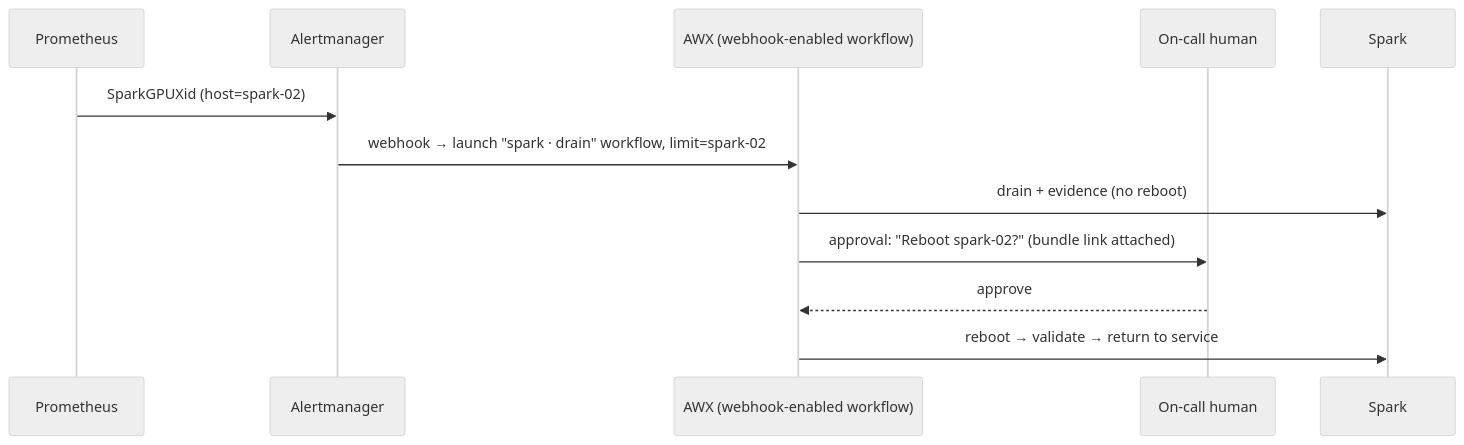
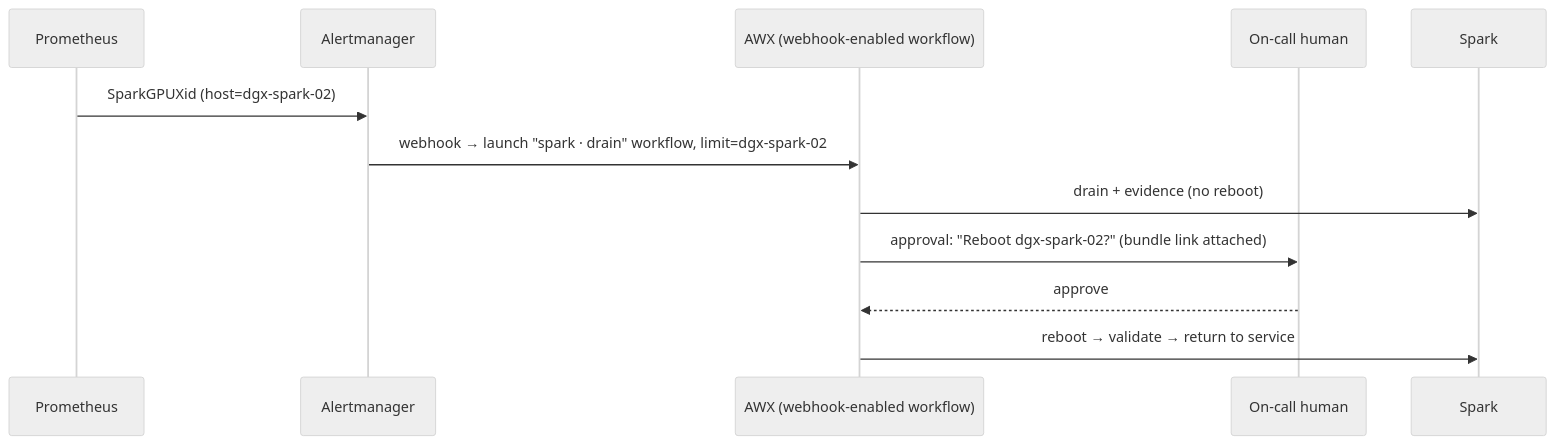
The second of 2 diagrams in 01 Ansible/24-cluster-wide-emergency-drain-and-remediation.md (cloudone365/technical-depth), drawn with Mermaid (neutral theme) before and after one commit. The commit also changed other lines of this file and 88 other files, not shown here.

First line of the commit message:
Rename the Spark hosts to dgx-spark-01 / dgx-spark-02

````diff
--- a/01 Ansible/24-cluster-wide-emergency-drain-and-remediation.md
+++ b/01 Ansible/24-cluster-wide-emergency-drain-and-remediation.md
@@ -352,14 +352,14 @@
 ```mermaid
 sequenceDiagram
   participant P as Prometheus
   participant AM as Alertmanager
   participant AWX as AWX (webhook-enabled workflow)
   participant OPS as On-call human
   participant S as Spark
-  P->>AM: SparkGPUXid (host=spark-02)
-  AM->>AWX: webhook → launch "spark · drain" workflow, limit=spark-02
+  P->>AM: SparkGPUXid (host=dgx-spark-02)
+  AM->>AWX: webhook → launch "spark · drain" workflow, limit=dgx-spark-02
   AWX->>S: drain + evidence (no reboot)
-  AWX->>OPS: approval: "Reboot spark-02?" (bundle link attached)
+  AWX->>OPS: approval: "Reboot dgx-spark-02?" (bundle link attached)
   OPS-->>AWX: approve
   AWX->>S: reboot → validate → return to service
 ```
````
